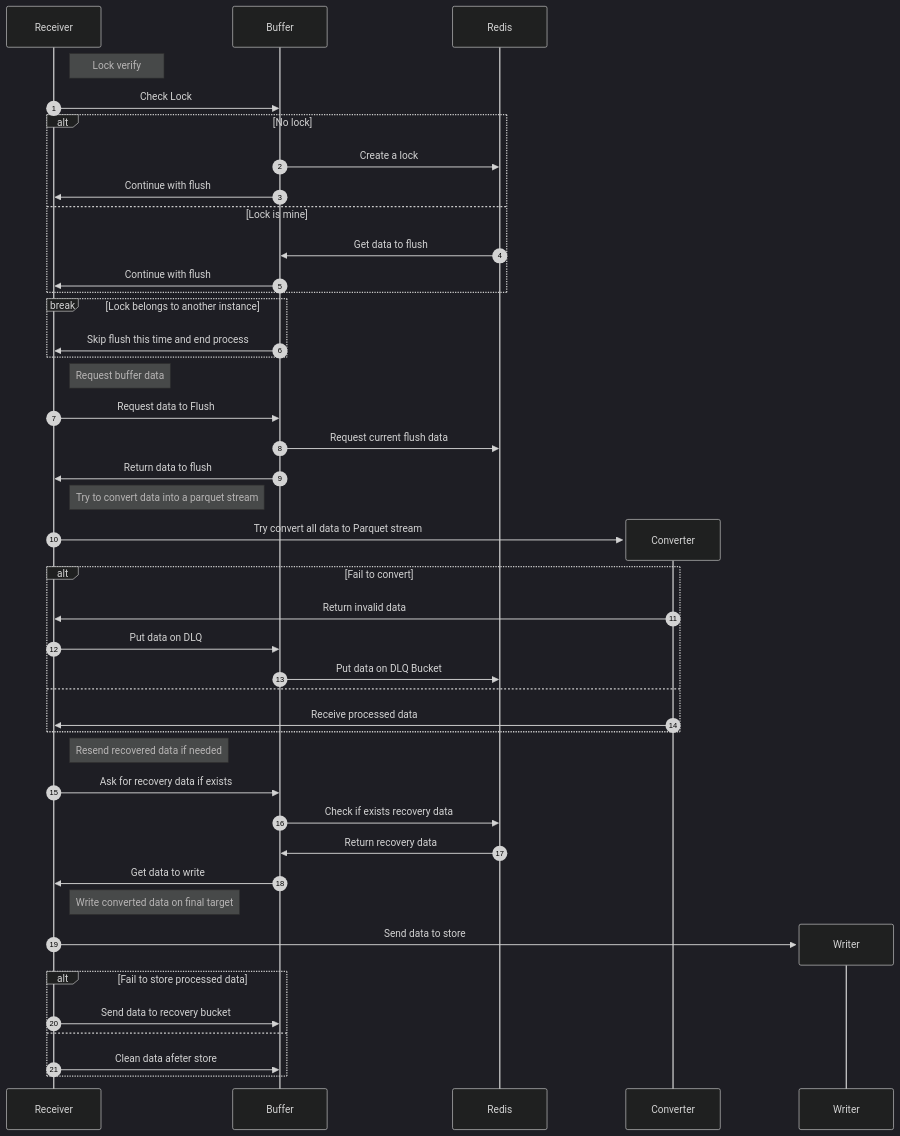
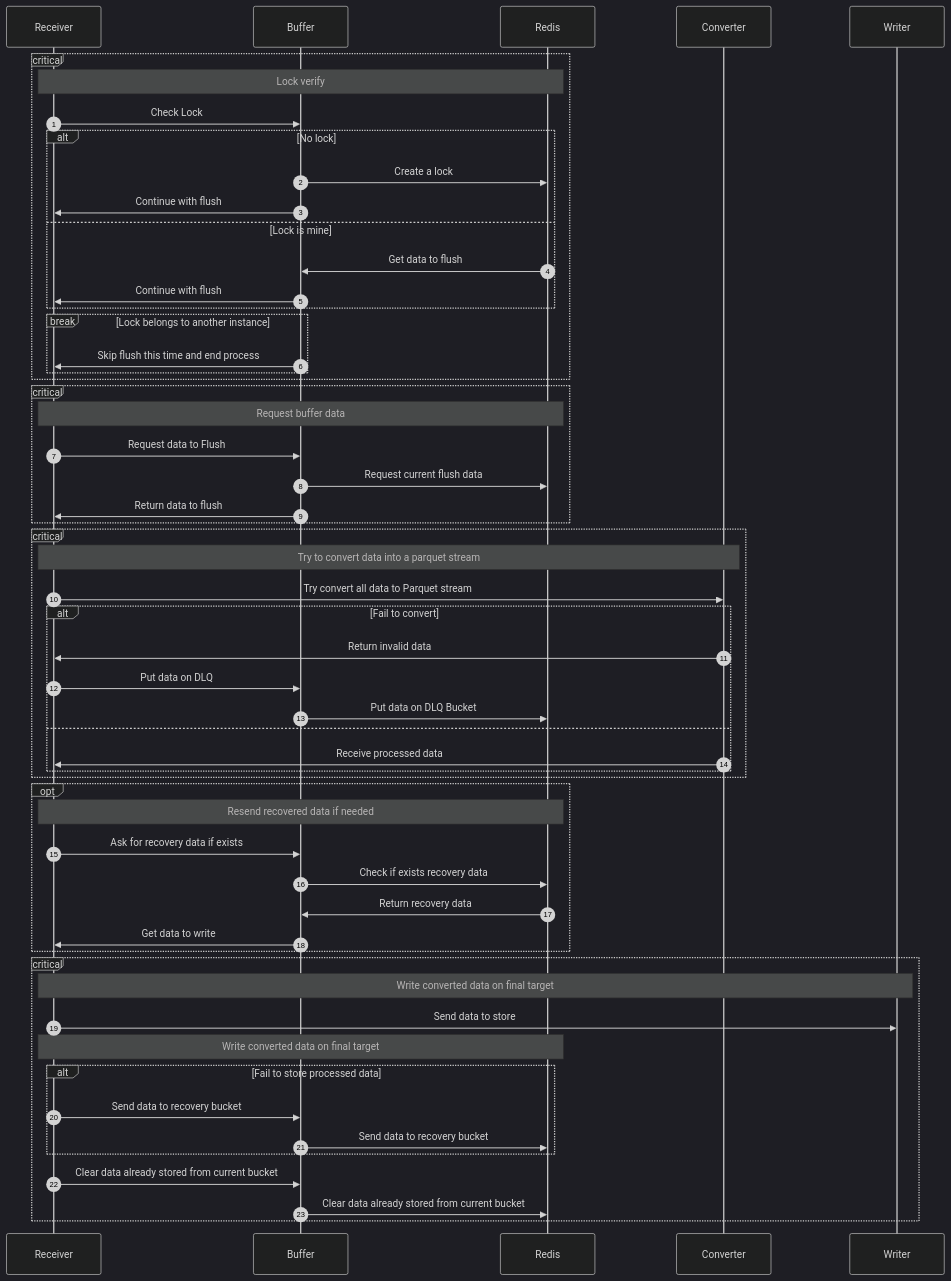
One commit to RafaelFino/Data2Parquet-go changed the second of 2 diagrams in README.md. Above: the diagram before and after it, drawn with Mermaid (dark theme).

Commit message:
Imp - Still working on docs

````diff
--- a/README.md
+++ b/README.md
@@ -30,51 +30,66 @@
 ```mermaid
 sequenceDiagram
 	autonumber
 	participant Receiver
     participant Buffer   		
-	
-	note right of Receiver: Lock verify
-		Receiver->>Buffer: Check Lock
-		create participant Redis
+	participant Redis
+		
+	critical
+		note over Receiver, Redis: Lock verify
+		Receiver->>Buffer: Check Lock		
 		alt No lock
 			Buffer->>Redis: Create a lock
 			Buffer->>Receiver: Continue with flush
 		else Lock is mine
 			Redis->>Buffer: Get data to flush		
 			Buffer->>Receiver: Continue with flush
 		end
 		break Lock belongs to another instance
 			Buffer->>Receiver: Skip flush this time and end process
 		end
+	end
 		
-	note right of Receiver: Request buffer data
+	critical
+		note over Receiver, Redis: Request buffer data
 		Receiver->>Buffer: Request data to Flush
 		Buffer->>Redis: Request current flush data
 		Buffer->>Receiver: Return data to flush		
-			
-	note right of Receiver: Try to convert data into a parquet stream				
+	end
+
+	critical	
 		create participant Converter
+		note over Receiver, Converter: Try to convert data into a parquet stream						
 		Receiver->>Converter: Try convert all data to Parquet stream	
 		alt Fail to convert
 			Converter->>Receiver: Return invalid data
 			Receiver->>Buffer: Put data on DLQ
 			Buffer->>Redis: Put data on DLQ Bucket
 		else
 			Converter->>Receiver: Receive processed data
 		end
-	
-	note right of Receiver: Resend recovered data if needed
+	end 
+
+	opt 
+		note over Receiver, Redis: Resend recovered data if needed
 		Receiver->>Buffer: Ask for recovery data if exists
 		Buffer->>Redis: Check if exists recovery data
 		Redis->>Buffer: Return recovery data
 		Buffer->>Receiver: Get data to write
-	
-	note right of Receiver: Write converted data on final target	
-		create participant Writer
+	end
+
+	critical
+		create participant Writer	
+		note over Receiver, Writer: Write converted data on final target	
 		Receiver->>Writer: Send data to store
+
+		note over Receiver, Redis: Write converted data on final target	
+		
 		alt Fail to store processed data
 			Receiver->>Buffer: Send data to recovery bucket
-		else
-			Receiver->>Buffer: Clean data afeter store
+			Buffer->>Redis: Send data to recovery bucket
 		end
+
+		Receiver->>Buffer: Clear data already stored from current bucket
+		Buffer->>Redis: Clear data already stored from current bucket
+	end
 ```
````
